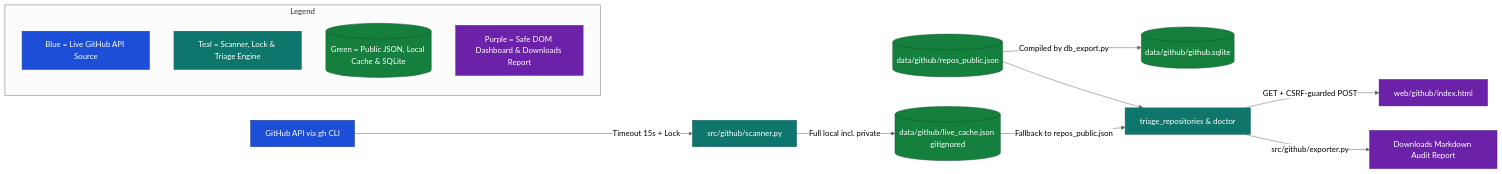
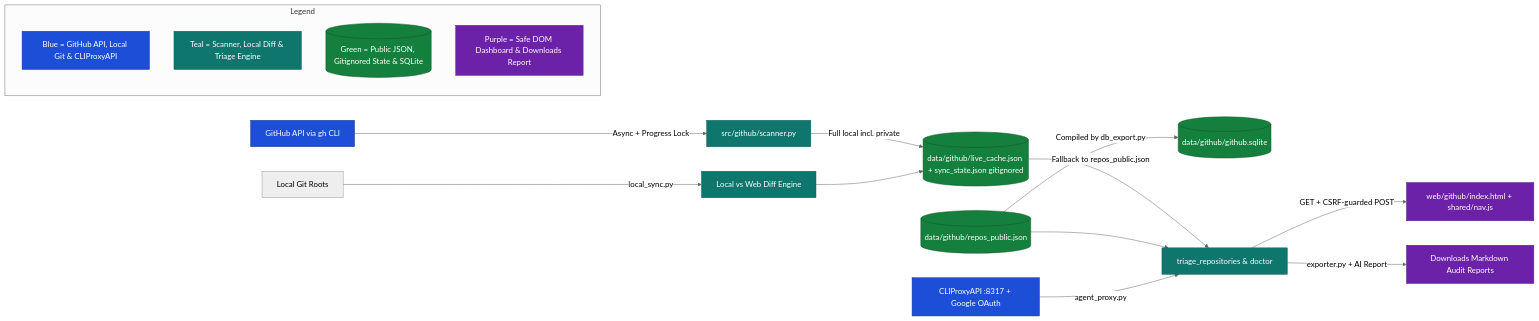
One commit to Mostakim2005/database-manager changed diagram 12 of 12 in docs/ARCHITECTURE.md. Above: the diagram before and after it, drawn with Mermaid (neutral theme). The commit also changed other lines of this file and 35 other files, not shown here.

Commit message:
feat: add GitHub live progress & local sync, CLIProxyAPI AI assistant, cross-domain nav, and 13 games x 8 GPUs benchmarks

````diff
--- a/docs/ARCHITECTURE.md
+++ b/docs/ARCHITECTURE.md
@@ -356,23 +357,26 @@
 ```mermaid
 flowchart LR
     %% Color Definitions
     classDef startNode fill:#1d4ed8,stroke:#1e3a8a,color:#ffffff
     classDef processNode fill:#0f766e,stroke:#115e59,color:#ffffff
     classDef dataNode fill:#15803d,stroke:#14532d,color:#ffffff
     classDef outNode fill:#6b21a8,stroke:#581c87,color:#ffffff
 
-    GHCLI[GitHub API via gh CLI]:::startNode -->|Timeout 15s + Lock| SCAN[src/github/scanner.py]:::processNode
-    SCAN -->|Full local incl. private| LIVE[(data/github/live_cache.json gitignored)]:::dataNode
+    GHCLI[GitHub API via gh CLI]:::startNode -->|Async + Progress Lock| SCAN[src/github/scanner.py]:::processNode
+    LOC[Local Git Roots] -->|local_sync.py| SYNC[Local vs Web Diff Engine]:::processNode
+    SCAN -->|Full local incl. private| LIVE[(data/github/live_cache.json + sync_state.json gitignored)]:::dataNode
+    SYNC --> LIVE
     PUB[(data/github/repos_public.json)]:::dataNode -->|Compiled by db_export.py| SQL[(data/github/github.sqlite)]:::dataNode
     LIVE -->|Fallback to repos_public.json| TRI[triage_repositories & doctor]:::processNode
     PUB --> TRI
-    TRI -->|GET + CSRF-guarded POST| UI[web/github/index.html]:::outNode
-    TRI -->|src/github/exporter.py| RPT[Downloads Markdown Audit Report]:::outNode
+    PROXY[CLIProxyAPI :8317 + Google OAuth]:::startNode -->|agent_proxy.py| TRI
+    TRI -->|GET + CSRF-guarded POST| UI[web/github/index.html + shared/nav.js]:::outNode
+    TRI -->|exporter.py + AI Report| RPT[Downloads Markdown Audit Reports]:::outNode
 
     subgraph Legend["Legend"]
-        L1[Blue = Live GitHub API Source]:::startNode
-        L2[Teal = Scanner, Lock & Triage Engine]:::processNode
-        L3[(Green = Public JSON, Local Cache & SQLite)]:::dataNode
+        L1[Blue = GitHub API, Local Git & CLIProxyAPI]:::startNode
+        L2[Teal = Scanner, Local Diff & Triage Engine]:::processNode
+        L3[(Green = Public JSON, Gitignored State & SQLite)]:::dataNode
         L4[Purple = Safe DOM Dashboard & Downloads Report]:::outNode
     end
 ```
````
